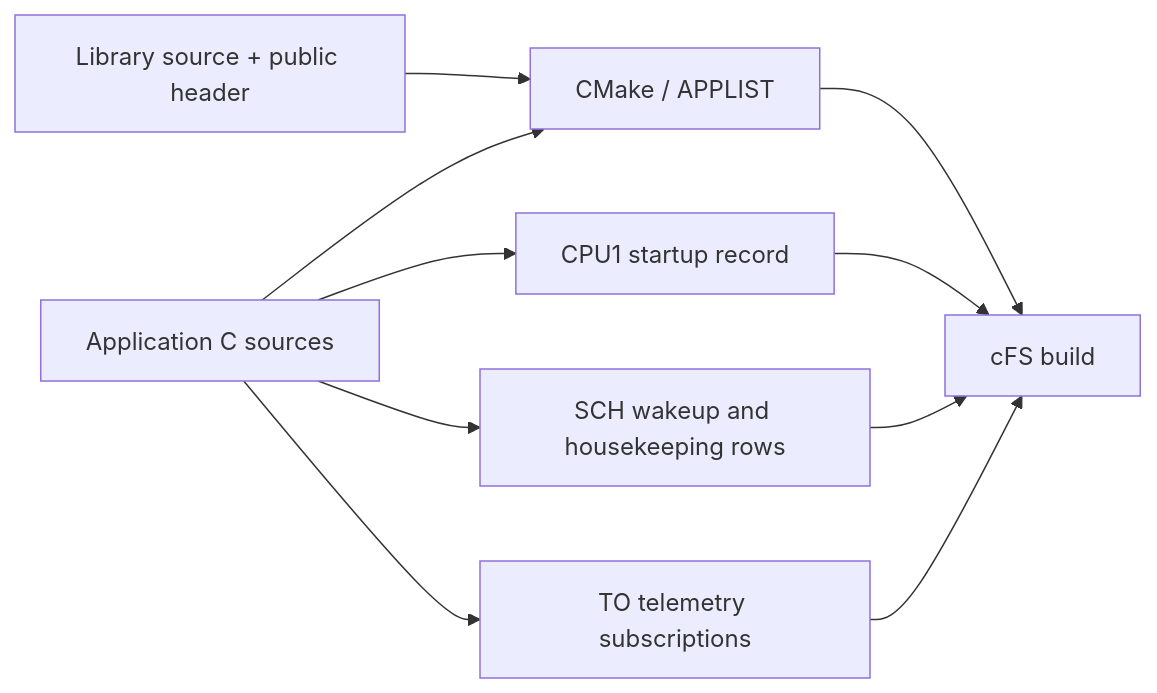
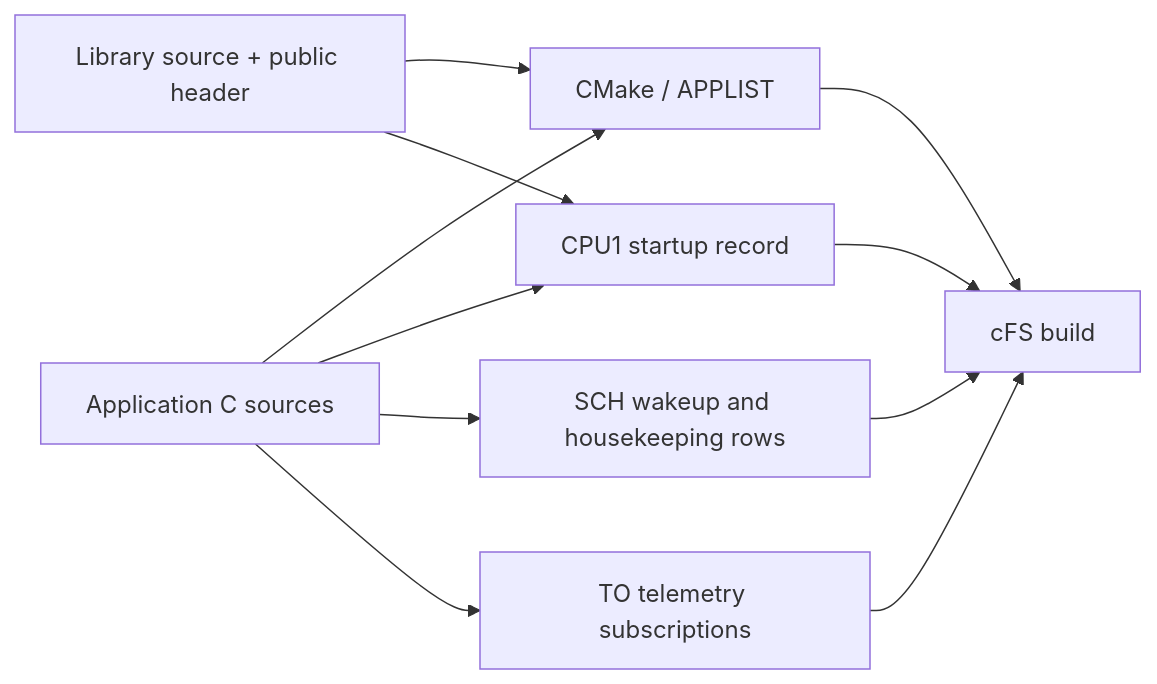
The first of 2 diagrams in project/README.md (Raiagues/cfs_emulator), drawn with Mermaid before and after one commit. The commit also changed other lines of this file and 70 other files, not shown here.

````diff
--- a/project/README.md
+++ b/project/README.md
@@ -6,12 +10,13 @@
 ```mermaid
 flowchart LR
     App[Application C sources] --> CMake[CMake / APPLIST]
     App --> Startup[CPU1 startup record]
     App --> SCH[SCH wakeup and housekeeping rows]
     App --> TO[TO telemetry subscriptions]
     Library[Library source + public header] --> CMake
+    Library --> Startup
     CMake --> Build[cFS build]
     Startup --> Build
     SCH --> Build
     TO --> Build
 ```
````
